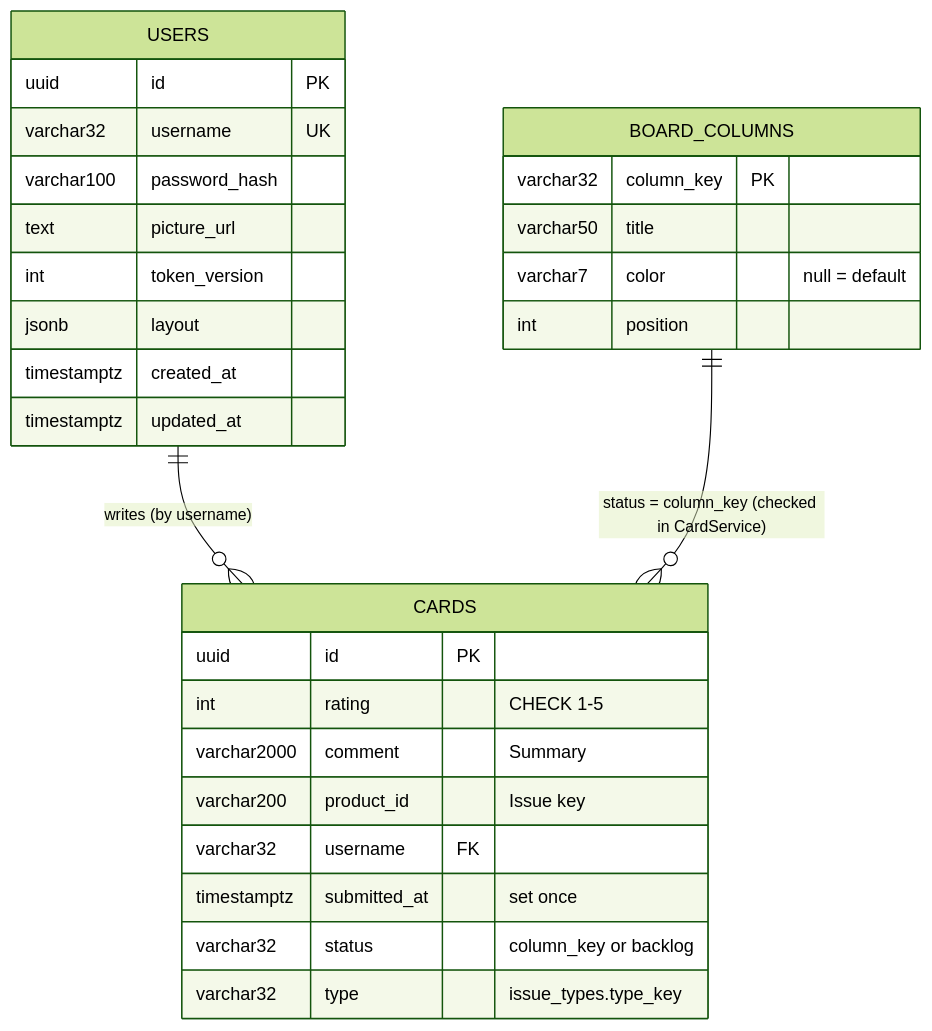
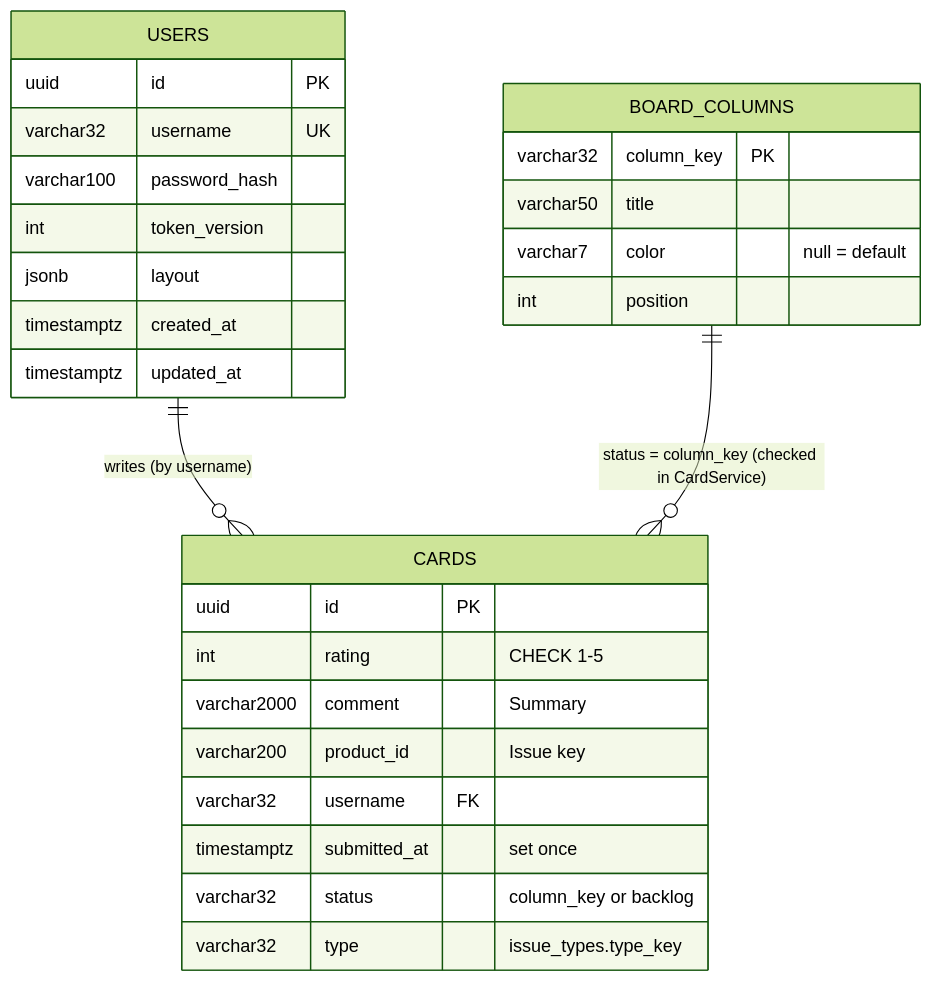
The eighth of 10 diagrams in server-java/ARCHITECTURE.md (Cypedium/aurelljiracard), drawn with Mermaid (forest theme) before and after one commit. The commit also changed other lines of this file and 26 other files, not shown here.

````diff
--- a/server-java/ARCHITECTURE.md
+++ b/server-java/ARCHITECTURE.md
@@ -324,31 +324,30 @@
 ```mermaid
 erDiagram
     USERS ||--o{ CARDS : "writes (by username)"
     BOARD_COLUMNS ||--o{ CARDS : "status = column_key (checked in CardService)"
     BOARD_COLUMNS {
         varchar32 column_key PK
         varchar50 title
         varchar7 color "null = default"
         int position
     }
     USERS {
         uuid id PK
         varchar32 username UK
         varchar100 password_hash
-        text picture_url
         int token_version
         jsonb layout
         timestamptz created_at
         timestamptz updated_at
     }
     CARDS {
         uuid id PK
         int rating "CHECK 1-5"
         varchar2000 comment "Summary"
         varchar200 product_id "Issue key"
         varchar32 username FK
         timestamptz submitted_at "set once"
         varchar32 status "column_key or backlog"
         varchar32 type "issue_types.type_key"
     }
 ```
````
